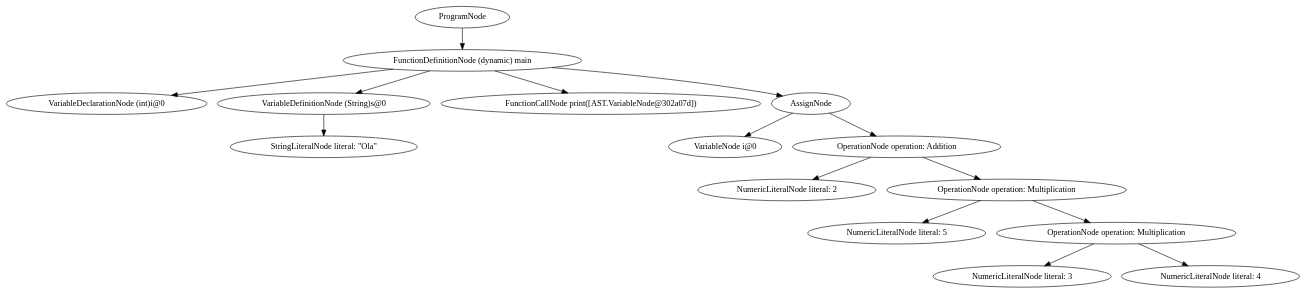
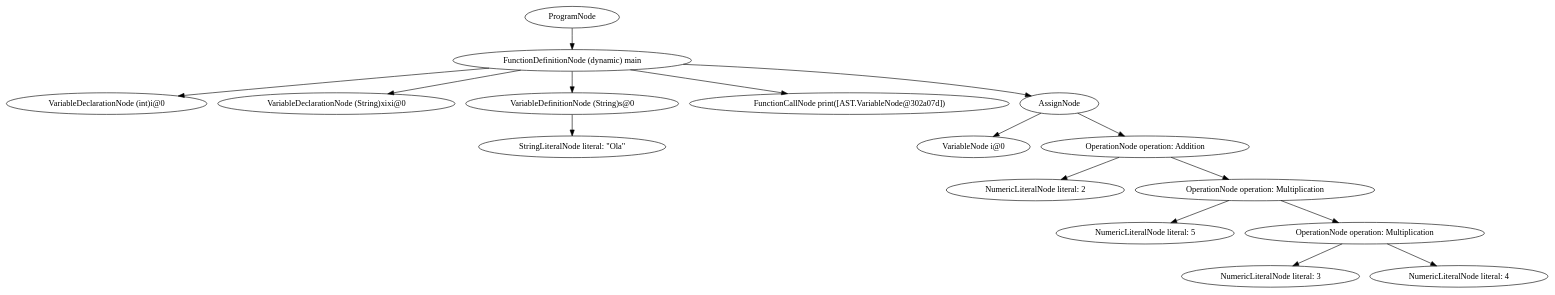
The diagram in ast1.dot (hericles-koelher/dart-compiler-ANTLR), drawn with Graphviz before and after one commit. The commit also changed 3 other files, not shown here.

```diff
--- a/ast1.dot
+++ b/ast1.dot
@@ -1,32 +1,34 @@
 digraph {
 graph [ordering="out"];
 node0[label="ProgramNode "];
 node1[label="FunctionDefinitionNode (dynamic) main "];
 node2[label="VariableDeclarationNode (int)i@0"];
 node1 -> node2;
-node3[label="VariableDefinitionNode (String)s@0"];
-node4[label="StringLiteralNode literal: \"Ola\""];
-node3 -> node4;
+node3[label="VariableDeclarationNode (String)xixi@0"];
 node1 -> node3;
-node5[label="FunctionCallNode print([AST.VariableNode@302a07d])"];
-node1 -> node5;
-node6[label="AssignNode"];
-node7[label="VariableNode i@0"];
-node6 -> node7;
-node8[label="OperationNode operation: Addition"];
-node9[label="NumericLiteralNode literal: 2"];
-node8 -> node9;
-node10[label="OperationNode operation: Multiplication"];
-node11[label="NumericLiteralNode literal: 5"];
-node10 -> node11;
-node12[label="OperationNode operation: Multiplication"];
-node13[label="NumericLiteralNode literal: 3"];
-node12 -> node13;
-node14[label="NumericLiteralNode literal: 4"];
-node12 -> node14;
-node10 -> node12;
-node8 -> node10;
-node6 -> node8;
+node4[label="VariableDefinitionNode (String)s@0"];
+node5[label="StringLiteralNode literal: \"Ola\""];
+node4 -> node5;
+node1 -> node4;
+node6[label="FunctionCallNode print([AST.VariableNode@302a07d])"];
 node1 -> node6;
+node7[label="AssignNode"];
+node8[label="VariableNode i@0"];
+node7 -> node8;
+node9[label="OperationNode operation: Addition"];
+node10[label="NumericLiteralNode literal: 2"];
+node9 -> node10;
+node11[label="OperationNode operation: Multiplication"];
+node12[label="NumericLiteralNode literal: 5"];
+node11 -> node12;
+node13[label="OperationNode operation: Multiplication"];
+node14[label="NumericLiteralNode literal: 3"];
+node13 -> node14;
+node15[label="NumericLiteralNode literal: 4"];
+node13 -> node15;
+node11 -> node13;
+node9 -> node11;
+node7 -> node9;
+node1 -> node7;
 node0 -> node1;
 }
```
